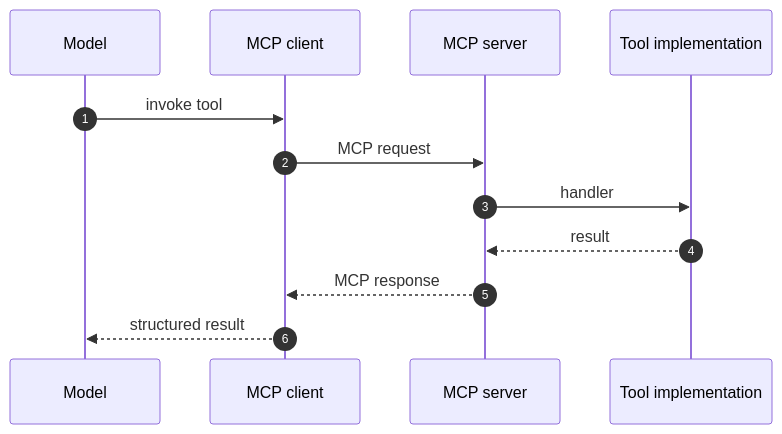
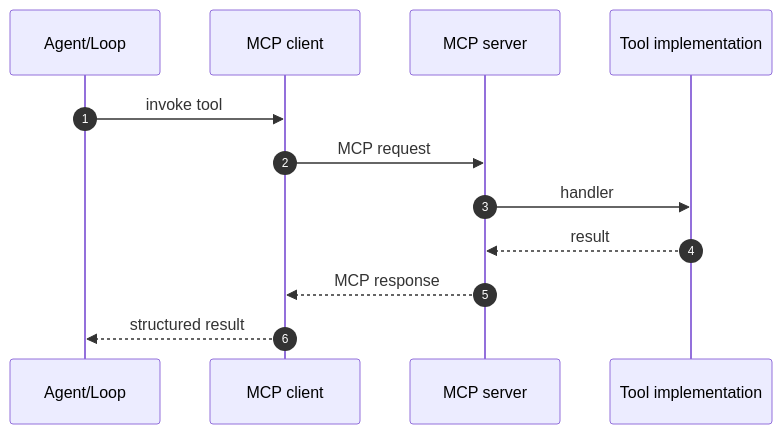
Diagram 15 of 31 in docs/4-demystifying-foundry-agents-mcp/demystifying-foundry-agents-mcp.md (dustinkorzaan/weather-1116), drawn with Mermaid before and after one commit. The commit also changed other lines of this file, not shown here.

Commit message:
Label section 7 MCP diagrams as Agent/Loop instead of Model
The MCP client is invoked by the agent/app loop that owns tool
orchestration, not by the model itself.

````diff
--- a/docs/4-demystifying-foundry-agents-mcp/demystifying-foundry-agents-mcp.md
+++ b/docs/4-demystifying-foundry-agents-mcp/demystifying-foundry-agents-mcp.md
@@ -327,15 +327,15 @@
 ```mermaid
 sequenceDiagram
     autonumber
-    participant Model
+    participant Agent as Agent/Loop
     participant MCP as MCP client
     participant Srv as MCP server
     participant Tool as Tool implementation
 
-    Model->>MCP: invoke tool
+    Agent->>MCP: invoke tool
     MCP->>Srv: MCP request
     Srv->>Tool: handler
     Tool-->>Srv: result
     Srv-->>MCP: MCP response
-    MCP-->>Model: structured result
+    MCP-->>Agent: structured result
 ```
````
